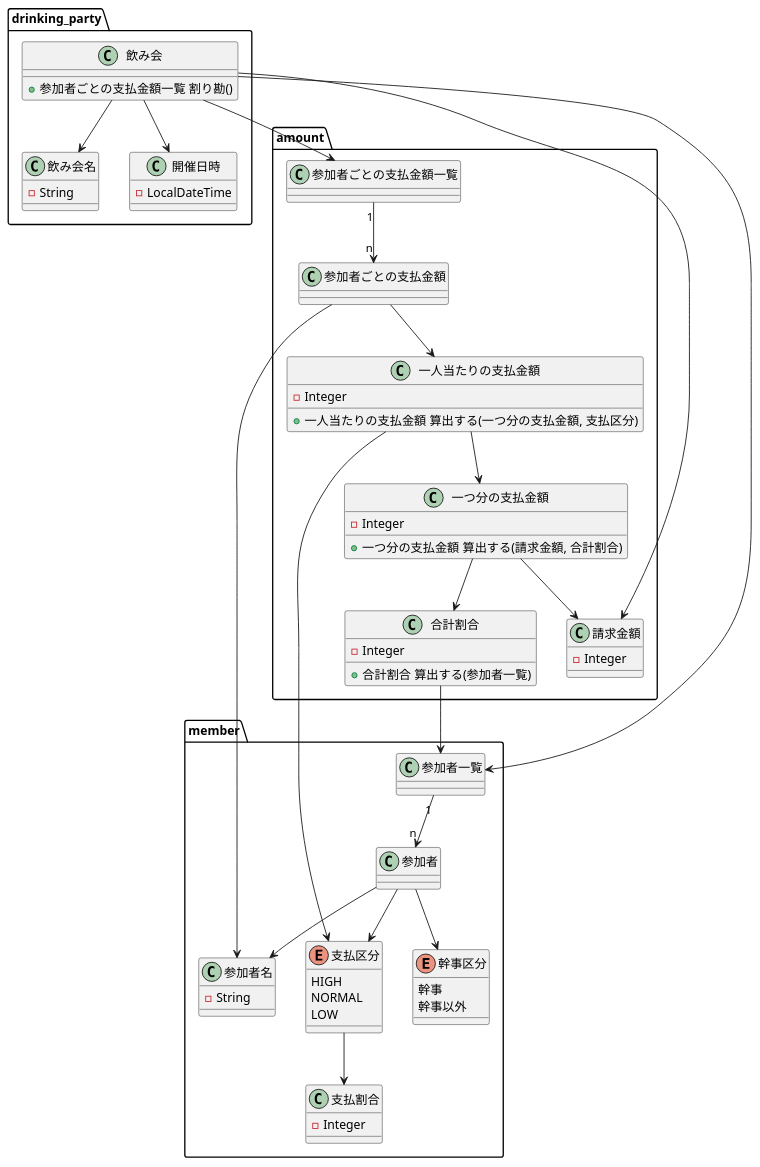
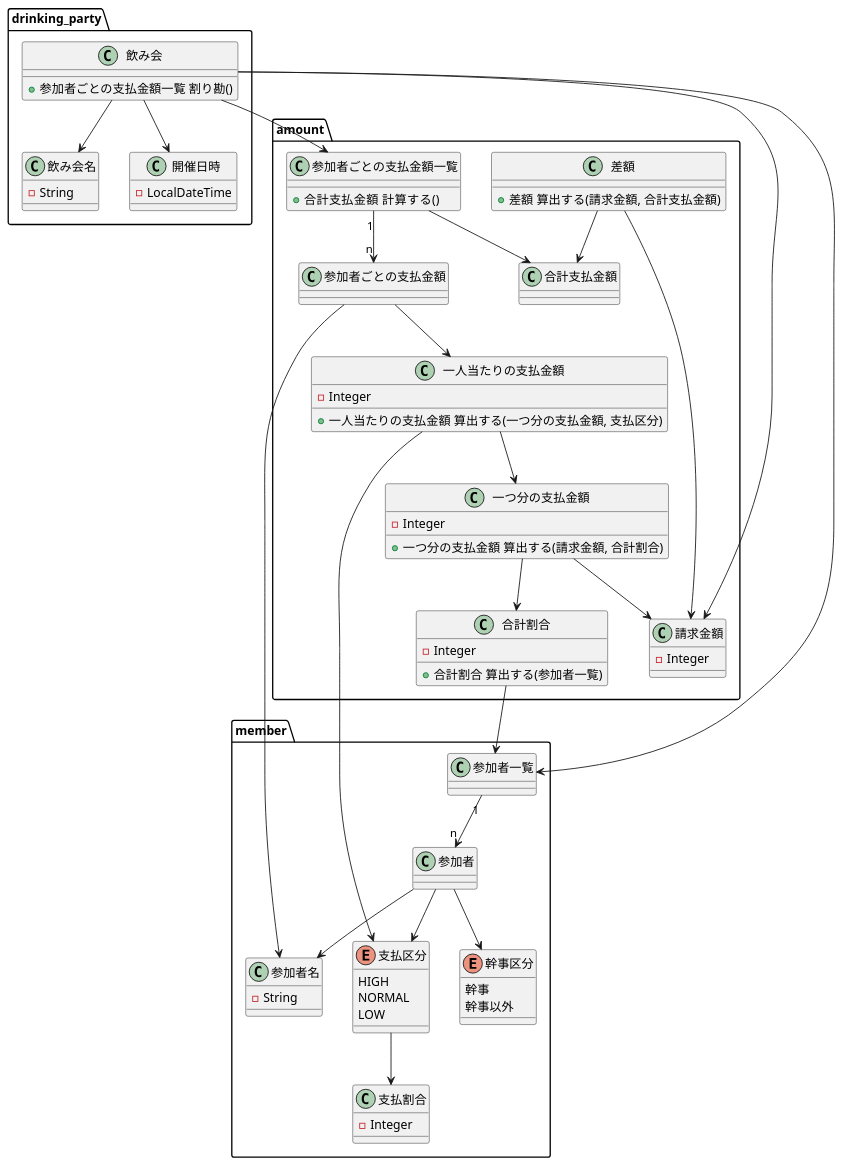
Before and after one commit to mmm00mmm/ddd-warikan: the diagram in doc/モデル３.puml, drawn with PlantUML. The commit also changed 3 other files, not shown here.

```diff
--- a/doc/モデル３.puml
+++ b/doc/モデル３.puml
@@ -1,78 +1,89 @@
 @startuml
 
 package drinking_party {
     class 飲み会 {
         + 参加者ごとの支払金額一覧 割り勘()
     }
     class 飲み会名 {
         - String
     }
     class 開催日時 {
         - LocalDateTime
     }
 
     飲み会 --> 飲み会名
     飲み会 --> 開催日時
 }
 
 package member {
     class 参加者名 {
         - String
     }
     enum 幹事区分 {
         幹事
         幹事以外
     }
     enum 支払区分 {
         HIGH
         NORMAL
         LOW
     }
     class 支払割合 {
         - Integer
     }
 
     参加者一覧 "1" --> "n" 参加者
     参加者 --> 参加者名
     参加者 --> 幹事区分
     参加者 --> 支払区分
     支払区分 --> 支払割合
 }
 
 package amount {
     class 請求金額 {
         - Integer
     }
     class 一つ分の支払金額 {
         - Integer
         + 一つ分の支払金額 算出する(請求金額, 合計割合)
     }
     class 一人当たりの支払金額 {
         - Integer
         + 一人当たりの支払金額 算出する(一つ分の支払金額, 支払区分)
     }
     class 合計割合 {
         - Integer
         + 合計割合 算出する(参加者一覧)
     }
     class 参加者ごとの支払金額 {
     }
+    class 参加者ごとの支払金額一覧 {
+        + 合計支払金額  計算する()
+    }
+    class 合計支払金額 {
+    }
+    class 差額 {
+        + 差額 算出する(請求金額, 合計支払金額)
+    }
 
     一つ分の支払金額 --> 請求金額
     参加者ごとの支払金額 --> 一人当たりの支払金額
     参加者ごとの支払金額一覧 "1" --> "n" 参加者ごとの支払金額
+    参加者ごとの支払金額一覧 --> 合計支払金額
+    差額 --> 請求金額
+    差額 --> 合計支払金額
 }
 
 飲み会 --> 参加者一覧
 飲み会 --> 請求金額
 飲み会 --> 参加者ごとの支払金額一覧
 
 一つ分の支払金額 --> 合計割合
 合計割合 --> 参加者一覧
 
 一人当たりの支払金額 --> 一つ分の支払金額
 一人当たりの支払金額 --> 支払区分
 
 参加者ごとの支払金額 --> 参加者名
 
 @enduml
```
